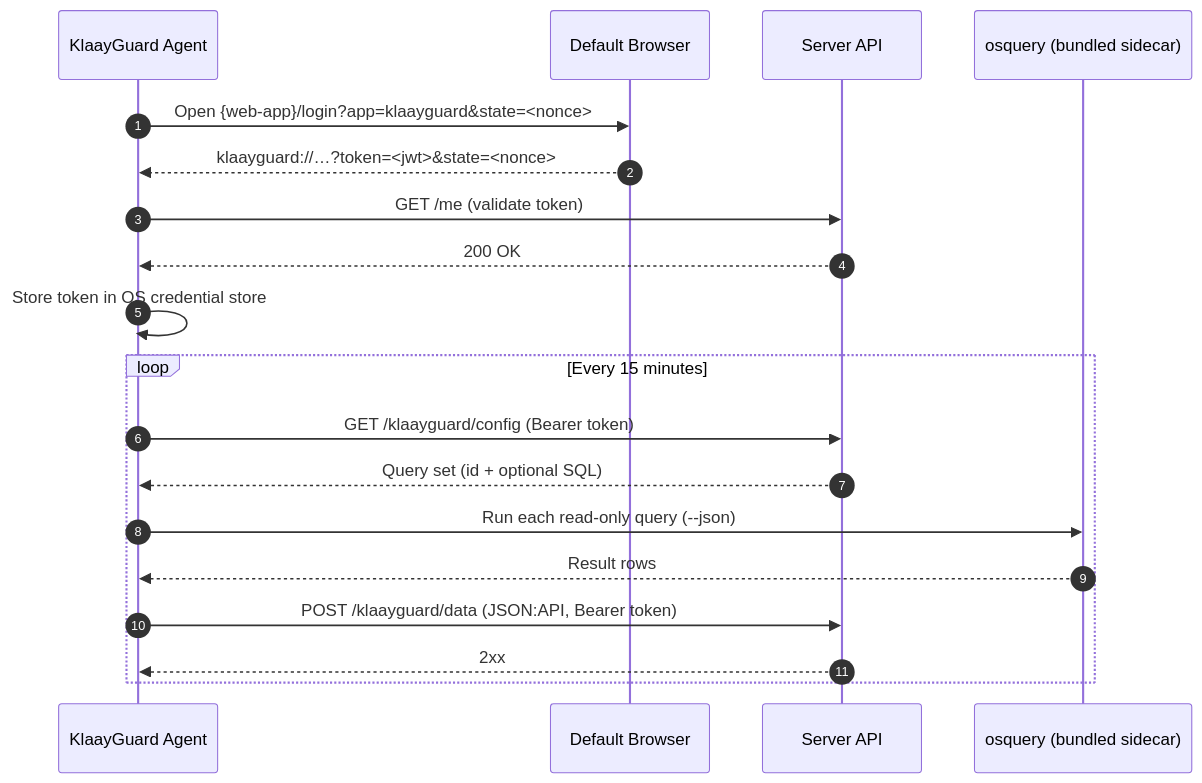
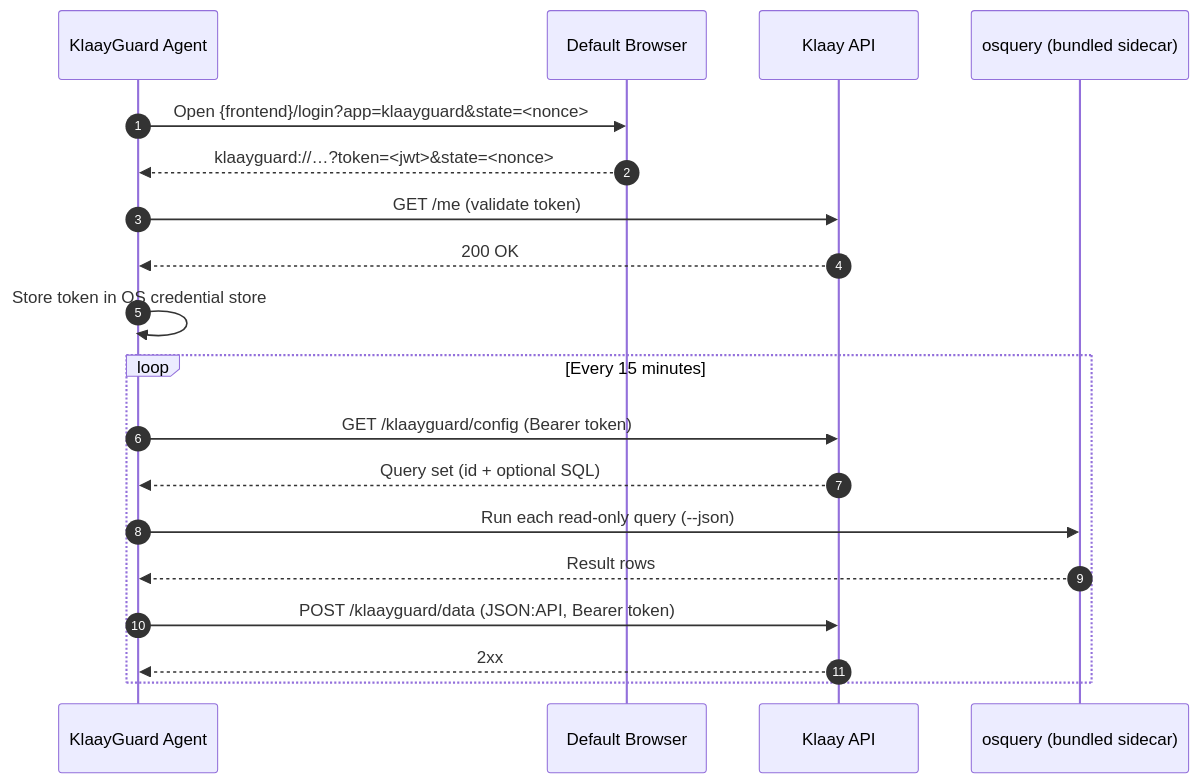
One commit to klaayinc/klaayguard changed the diagram in README.md. Above: the diagram before and after it, drawn with Mermaid. The commit also changed other lines of this file and 9 other files, not shown here.

````diff
--- a/README.md
+++ b/README.md
@@ -24,25 +21,25 @@
 ```mermaid
 sequenceDiagram
     autonumber
     participant Agent as KlaayGuard Agent
     participant Browser as Default Browser
-    participant API as Server API
+    participant API as Klaay API
     participant Osquery as osquery (bundled sidecar)
 
     %% Sign-in (first launch or after 401/403)
-    Agent->>Browser: Open {web-app}/login?app=klaayguard&state=<nonce>
+    Agent->>Browser: Open {frontend}/login?app=klaayguard&state=<nonce>
     Browser-->>Agent: klaayguard://…?token=<jwt>&state=<nonce>
     Agent->>API: GET /me (validate token)
     API-->>Agent: 200 OK
     Agent->>Agent: Store token in OS credential store
 
     %% Collection loop
     loop Every 15 minutes
         Agent->>API: GET /klaayguard/config (Bearer token)
         API-->>Agent: Query set (id + optional SQL)
         Agent->>Osquery: Run each read-only query (--json)
         Osquery-->>Agent: Result rows
         Agent->>API: POST /klaayguard/data (JSON:API, Bearer token)
         API-->>Agent: 2xx
     end
 ```
````
